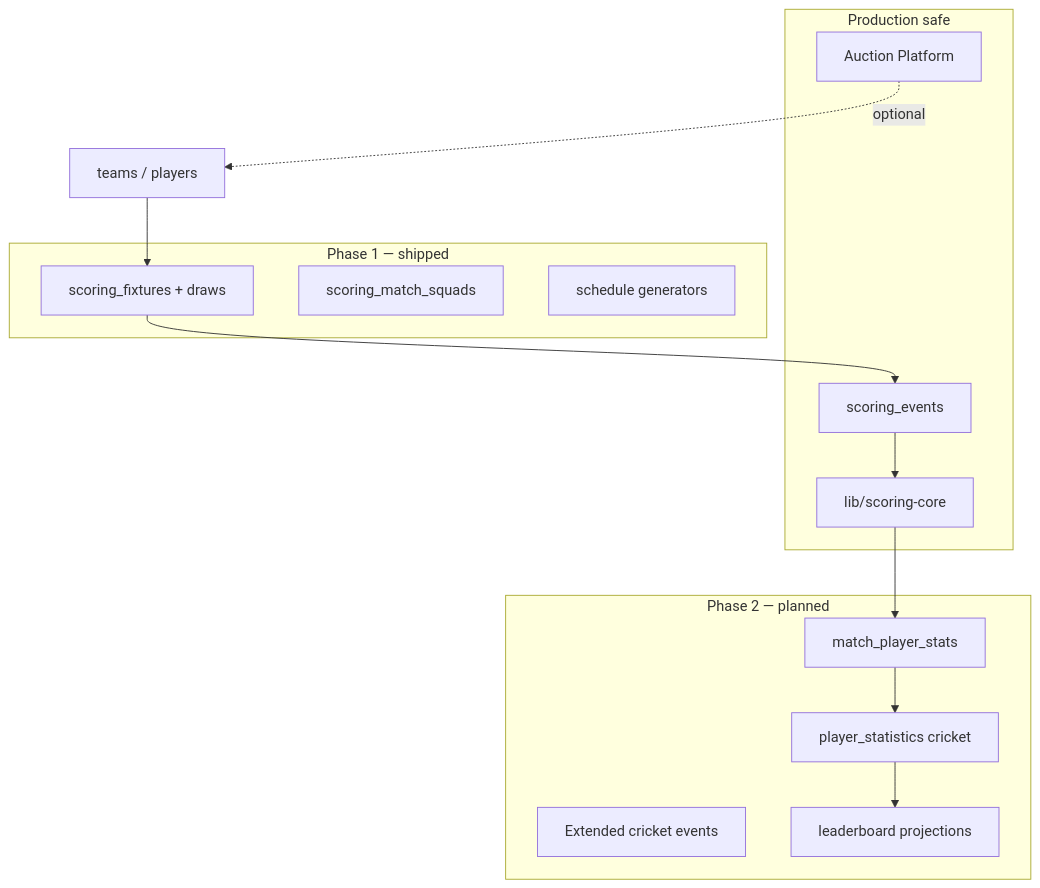
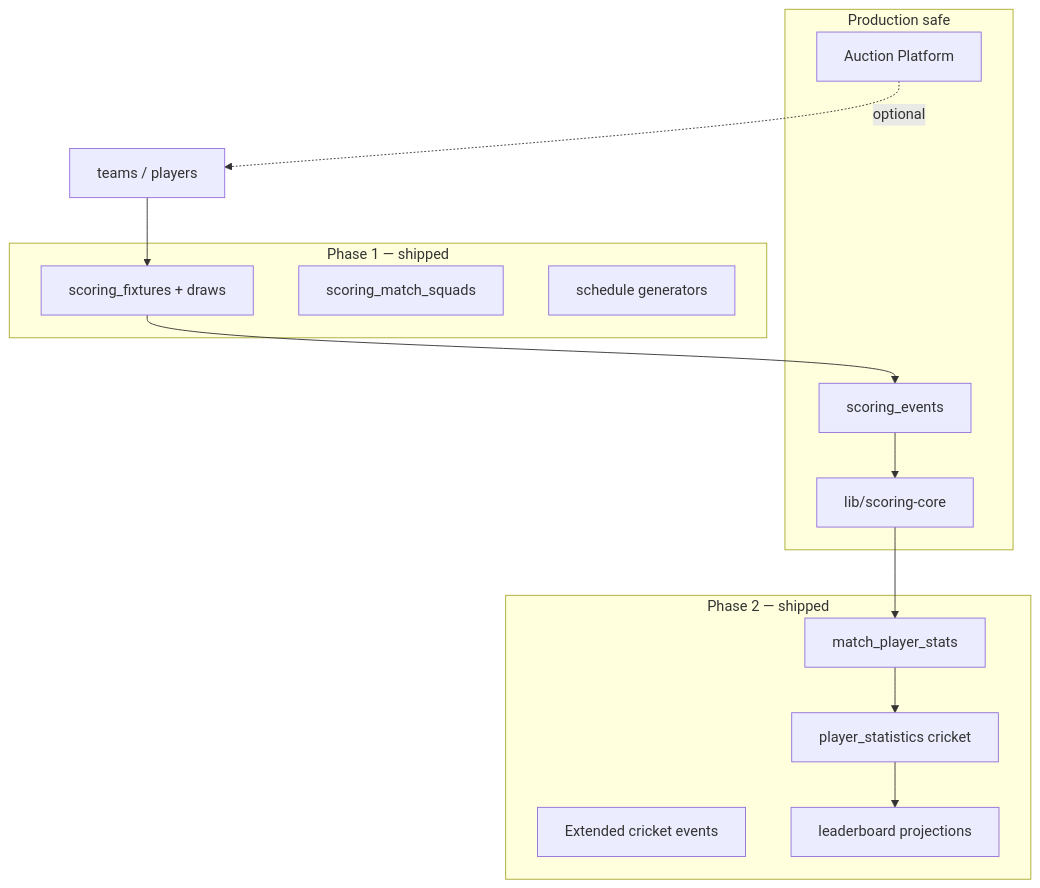
One commit to tusharsaraswat1988/updatedbidwarcore changed the first of 2 diagrams in docs/cricket-scoring-architecture.md. Above: the diagram before and after it, drawn with Mermaid. The commit also changed other lines of this file and 25 other files, not shown here.

````diff
--- a/docs/cricket-scoring-architecture.md
+++ b/docs/cricket-scoring-architecture.md
@@ -84,29 +84,29 @@
 ```mermaid
 flowchart TB
     subgraph Existing["Production safe"]
         Auction[Auction Platform]
         Events[scoring_events]
         Core[lib/scoring-core]
     end
 
     subgraph Phase1["Phase 1 — shipped"]
         Fixtures[scoring_fixtures + draws]
         Squads[scoring_match_squads]
         Schedule[schedule generators]
     end
 
-    subgraph Phase2["Phase 2 — planned"]
+    subgraph Phase2["Phase 2 — shipped"]
         Reducer[Extended cricket events]
         Scorecard[match_player_stats]
         Stats[player_statistics cricket]
         Leaderboards[leaderboard projections]
     end
 
     Auction -.->|optional| Teams[teams / players]
     Teams --> Fixtures
     Fixtures --> Events
     Events --> Core
     Core --> Scorecard
     Scorecard --> Stats
     Stats --> Leaderboards
 ```
````
